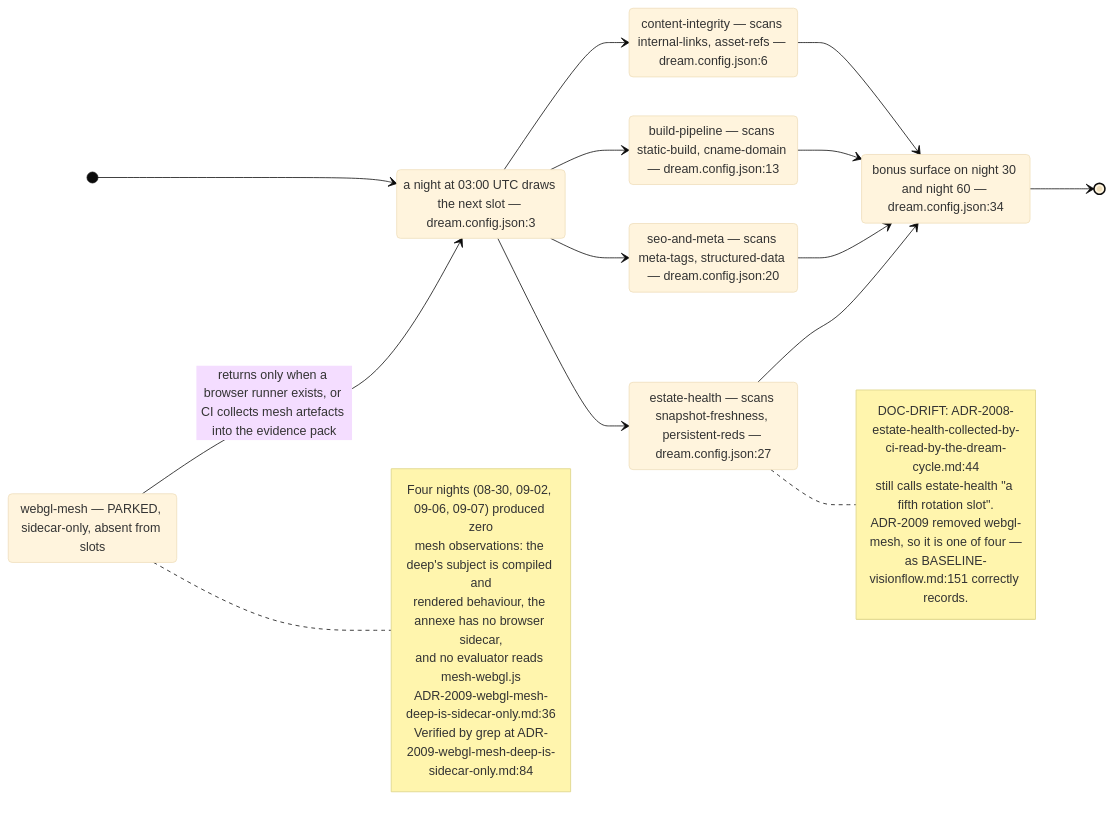
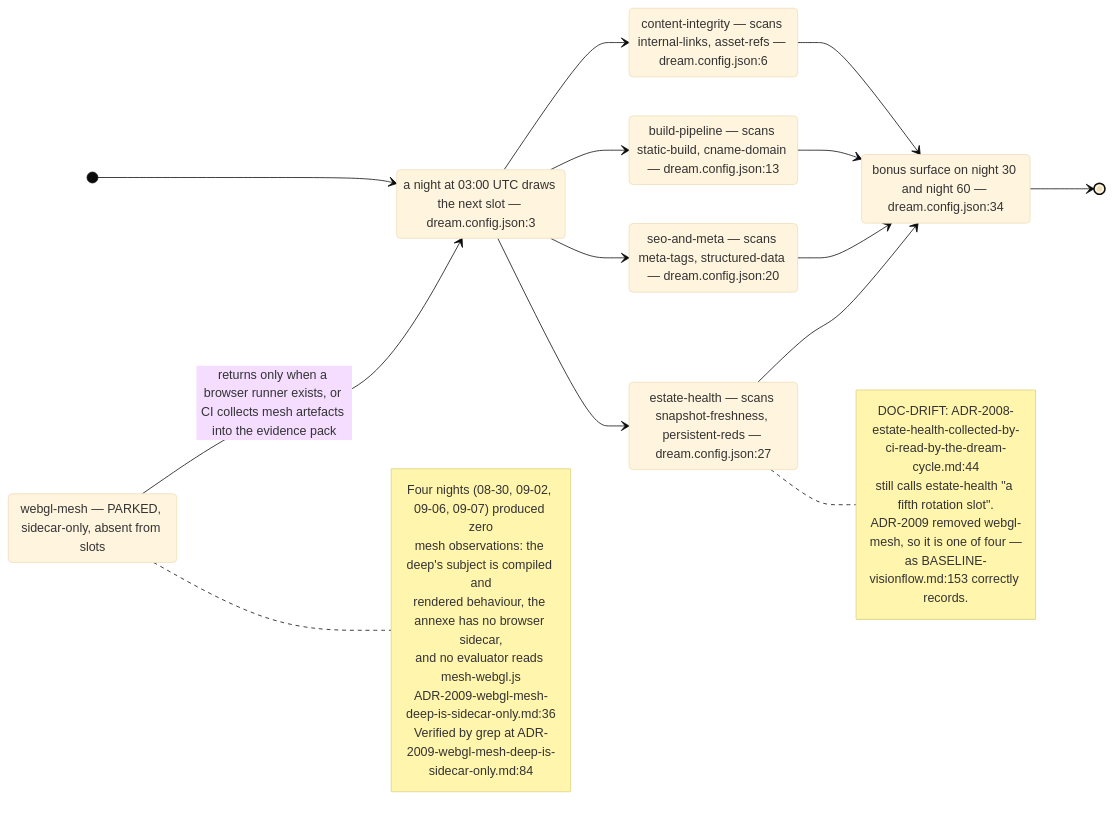
The second of 9 diagrams in docs/diagrams/visionflow/04-dream-cycle-integration.md (DreamLab-AI/VisionFlow), drawn with Mermaid (base theme) before and after one commit. The commit also changed other lines of this file and 136 other files, not shown here.

First line of the commit message:
docs(diagrams): refresh the whole corpus to code HEAD and prune low-value diagrams

````diff
--- a/docs/diagrams/visionflow/04-dream-cycle-integration.md
+++ b/docs/diagrams/visionflow/04-dream-cycle-integration.md
@@ -56,36 +55,36 @@
 ```mermaid
 stateDiagram-v2
     direction LR
     [*] --> Night
     state "a night at 03:00 UTC draws the next slot — dream.config.json:3" as Night
     Night --> CI
     Night --> BP
     Night --> SEO
     Night --> EH
     state "content-integrity — scans internal-links, asset-refs — dream.config.json:6" as CI
     state "build-pipeline — scans static-build, cname-domain — dream.config.json:13" as BP
     state "seo-and-meta — scans meta-tags, structured-data — dream.config.json:20" as SEO
     state "estate-health — scans snapshot-freshness, persistent-reds — dream.config.json:27" as EH
     CI --> Bonus
     BP --> Bonus
     SEO --> Bonus
     EH --> Bonus
     state "bonus surface on night 30 and night 60 — dream.config.json:34" as Bonus
     Bonus --> [*]
     state "webgl-mesh — PARKED, sidecar-only, absent from slots" as Parked
     Parked --> Night : returns only when a browser runner exists, or CI collects mesh artefacts into the evidence pack
     note right of Parked
       Four nights (08-30, 09-02, 09-06, 09-07) produced zero
       mesh observations: the deep's subject is compiled and
       rendered behaviour, the annexe has no browser sidecar,
       and no evaluator reads mesh-webgl.js
       ADR-2009-webgl-mesh-deep-is-sidecar-only.md:36
       Verified by grep at ADR-2009-webgl-mesh-deep-is-sidecar-only.md:84
     end note
     note right of EH
       DOC-DRIFT: ADR-2008-estate-health-collected-by-ci-read-by-the-dream-cycle.md:44
       still calls estate-health "a fifth rotation slot".
       ADR-2009 removed webgl-mesh, so it is one of four —
-      as BASELINE-visionflow.md:151 correctly records.
+      as BASELINE-visionflow.md:153 correctly records.
     end note
 ```
````
